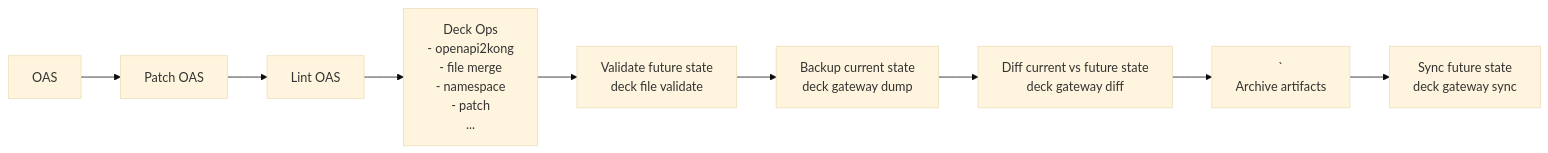
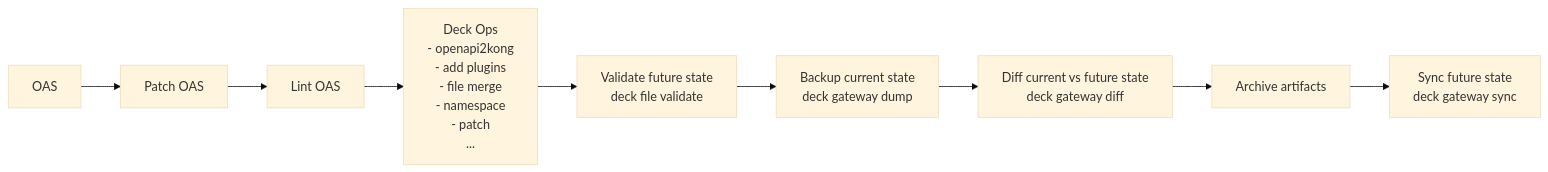
One commit to pantsel/konnect-platform-ops-demo changed the eighth of 8 diagrams in README.md. Above: the diagram before and after it, drawn with Mermaid (base theme).

````diff
--- a/README.md
+++ b/README.md
@@ -739,29 +739,30 @@
 ```mermaid
 graph LR;
   A[OAS]
   B[Patch OAS]
   C[Lint OAS]
   D["Deck Ops
     - openapi2kong
+    - add plugins
     - file merge
     - namespace
     - patch
     ...
   "]
   E[Validate future state
   deck file validate
   ]
   F["Backup current state
   deck gateway dump"]
   G[Diff current vs future state
   deck gateway diff
   ]
-  H[`
+  H[
   Archive artifacts
   ]
   I[Sync future state
   deck gateway sync
   ]
 
   A --> B --> C --> D --> E --> F --> G --> H --> I
 ```
````
